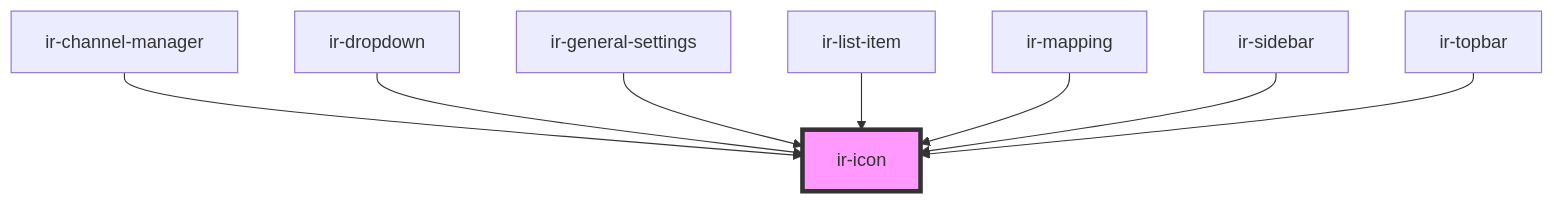
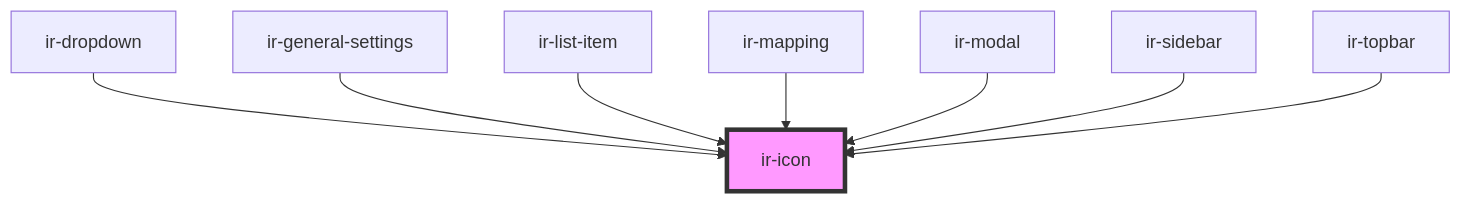
One commit to freddynasr/ir-webcmp changed the diagram in src/components/ir-icon/readme.md. Above: the diagram before and after it, drawn with Mermaid. The commit also changed other lines of this file and 12 other files, not shown here.

````diff
--- a/src/components/ir-icon/readme.md
+++ b/src/components/ir-icon/readme.md
@@ -28,11 +28,11 @@
 ```mermaid
 graph TD;
-  ir-channel-manager --> ir-icon
   ir-dropdown --> ir-icon
   ir-general-settings --> ir-icon
   ir-list-item --> ir-icon
   ir-mapping --> ir-icon
+  ir-modal --> ir-icon
   ir-sidebar --> ir-icon
   ir-topbar --> ir-icon
   style ir-icon fill:#f9f,stroke:#333,stroke-width:4px
 ```
````
